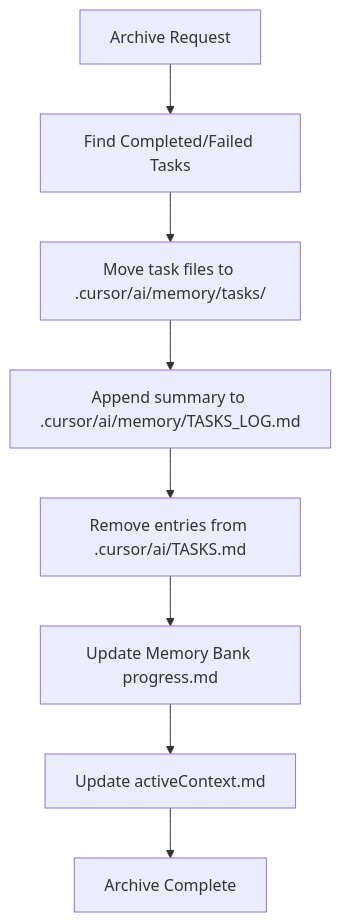
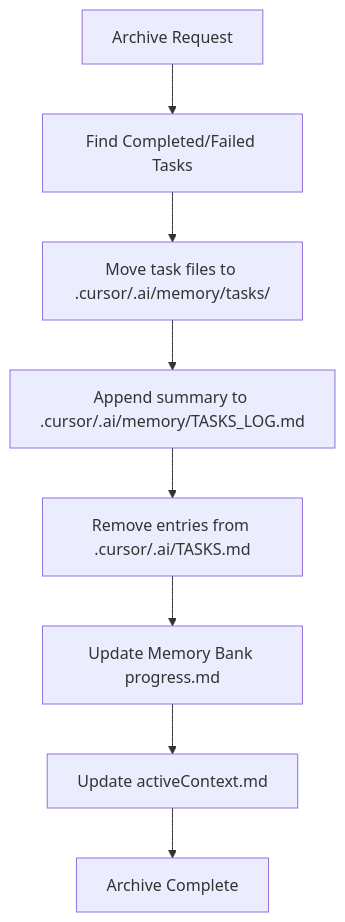
One commit to louisfghbvc/coverity-agent changed the tenth of 18 diagrams in .cursor/rules/unified-workflow.md. Above: the diagram before and after it, drawn with Mermaid. The commit also changed other lines of this file and 10 other files, not shown here.

````diff
--- a/.cursor/rules/unified-workflow.md
+++ b/.cursor/rules/unified-workflow.md
@@ -323,10 +323,10 @@
 ```mermaid
 flowchart TD
     Archive[Archive Request] --> FindCompleted[Find Completed/Failed Tasks]
-    FindCompleted --> MoveFiles[Move task files to .cursor/ai/memory/tasks/]
-    MoveFiles --> UpdateLog[Append summary to .cursor/ai/memory/TASKS_LOG.md]
-    UpdateLog --> RemoveEntries[Remove entries from .cursor/ai/TASKS.md]
+    FindCompleted --> MoveFiles[Move task files to .cursor/.ai/memory/tasks/]
+    MoveFiles --> UpdateLog[Append summary to .cursor/.ai/memory/TASKS_LOG.md]
+    UpdateLog --> RemoveEntries[Remove entries from .cursor/.ai/TASKS.md]
     RemoveEntries --> UpdateMB[Update Memory Bank progress.md]
     UpdateMB --> UpdateActive[Update activeContext.md]
     UpdateActive --> ArchiveComplete[Archive Complete]
 ```
````
